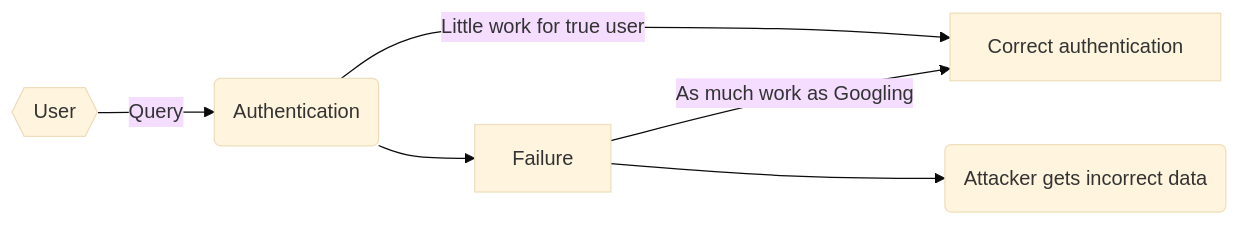
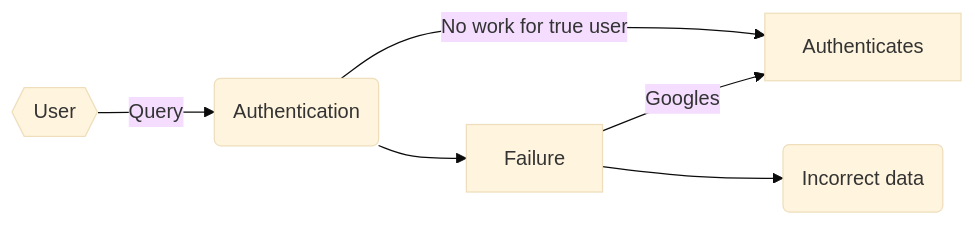
One commit to lwpulsifer/cyber_capstone changed the diagram in markdown/5-authentication.md. Above: the diagram before and after it, drawn with Mermaid (base theme). The commit also changed 22 other files, not shown here.

````diff
--- a/markdown/5-authentication.md
+++ b/markdown/5-authentication.md
@@ -38,8 +38,8 @@
 ```mermaid
 graph LR
 A{{User}} --Query-->B(Authentication)
-B --Little work for true user--> C[Correct authentication]
+B --No work for true user--> C[Authenticates]
 B --> D[Failure]
-D --> E(Attacker gets incorrect data)
-D --As much work as Googling--> C
+D --> E(Incorrect data)
+D --Googles--> C
 ```
````
